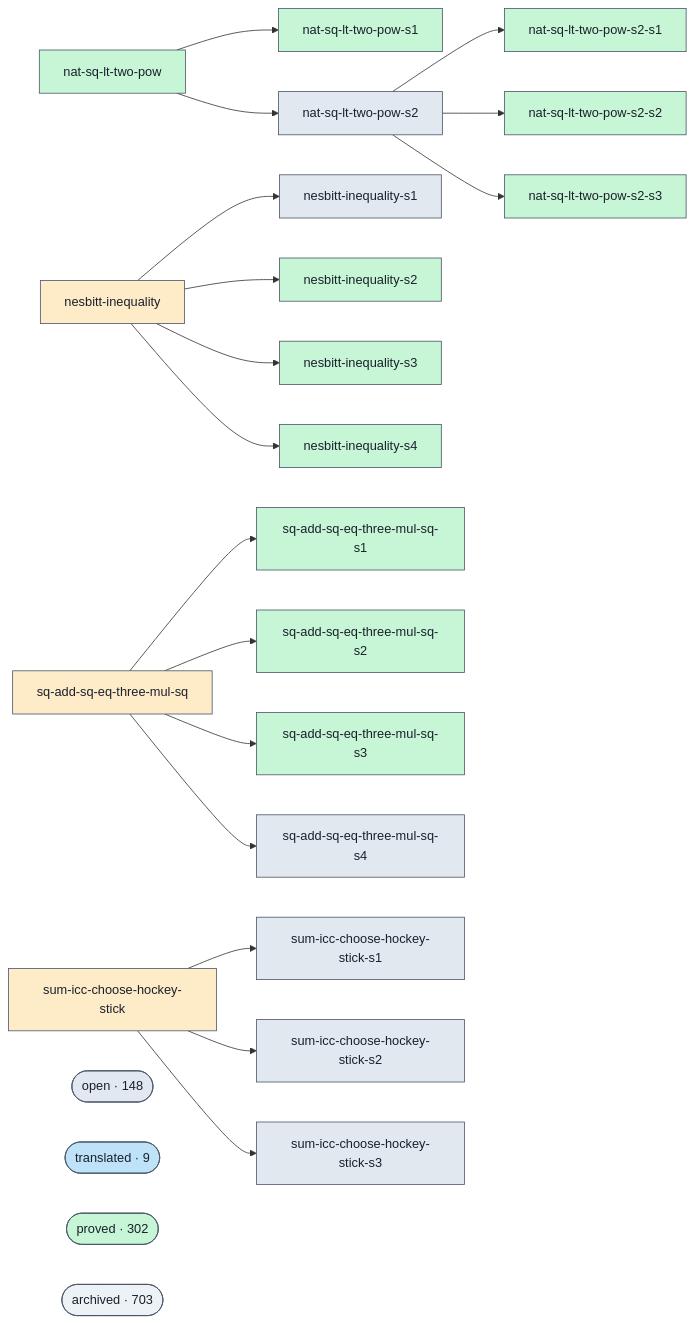
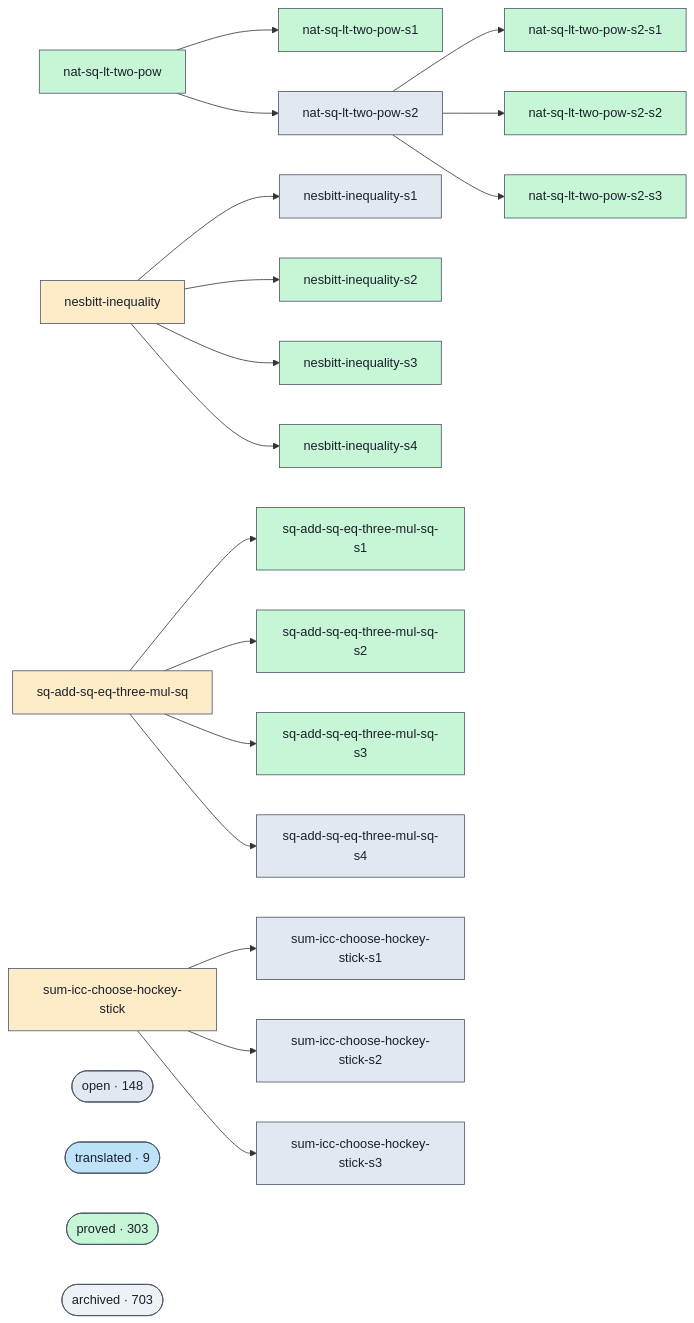
One commit to ohdearquant/unsorry changed the diagram in docs/proofs-contributors-visualisation.md. Above: the diagram before and after it, drawn with Mermaid. The commit also changed other lines of this file and 2 other files, not shown here.

```diff
--- a/docs/proofs-contributors-visualisation.md
+++ b/docs/proofs-contributors-visualisation.md
@@ -102,7 +102,7 @@
   class cluster_open open;
   cluster_translated(["translated · 9"])
   class cluster_translated translated;
-  cluster_proved(["proved · 302"])
+  cluster_proved(["proved · 303"])
   class cluster_proved proved;
   cluster_archived(["archived · 703"])
   class cluster_archived unknown;
```
